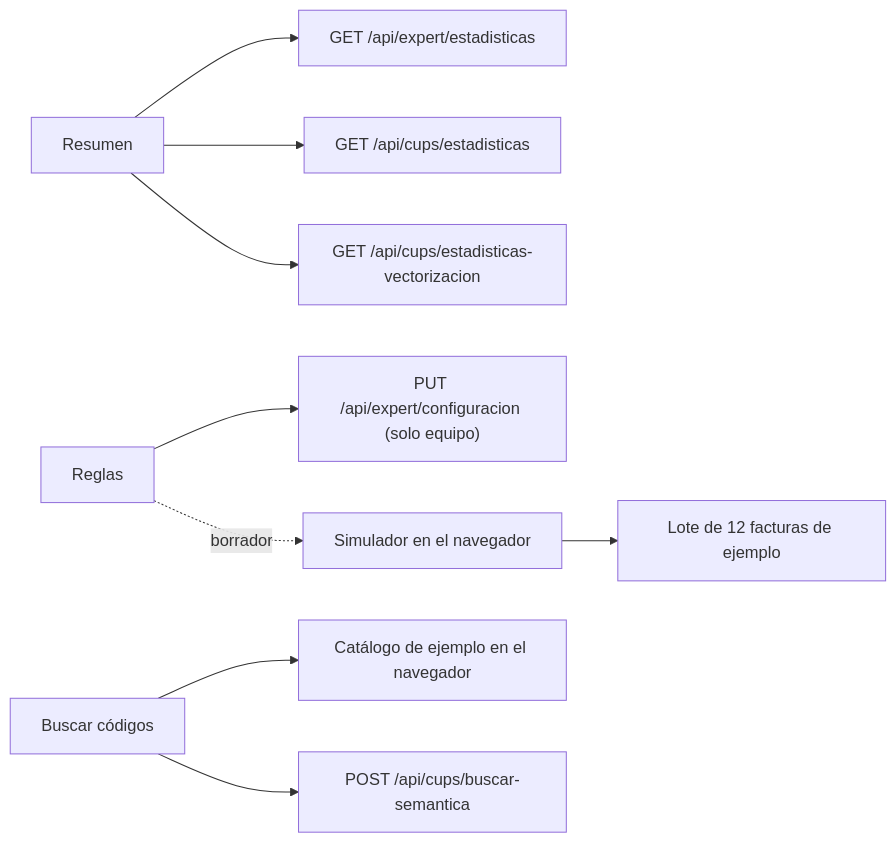
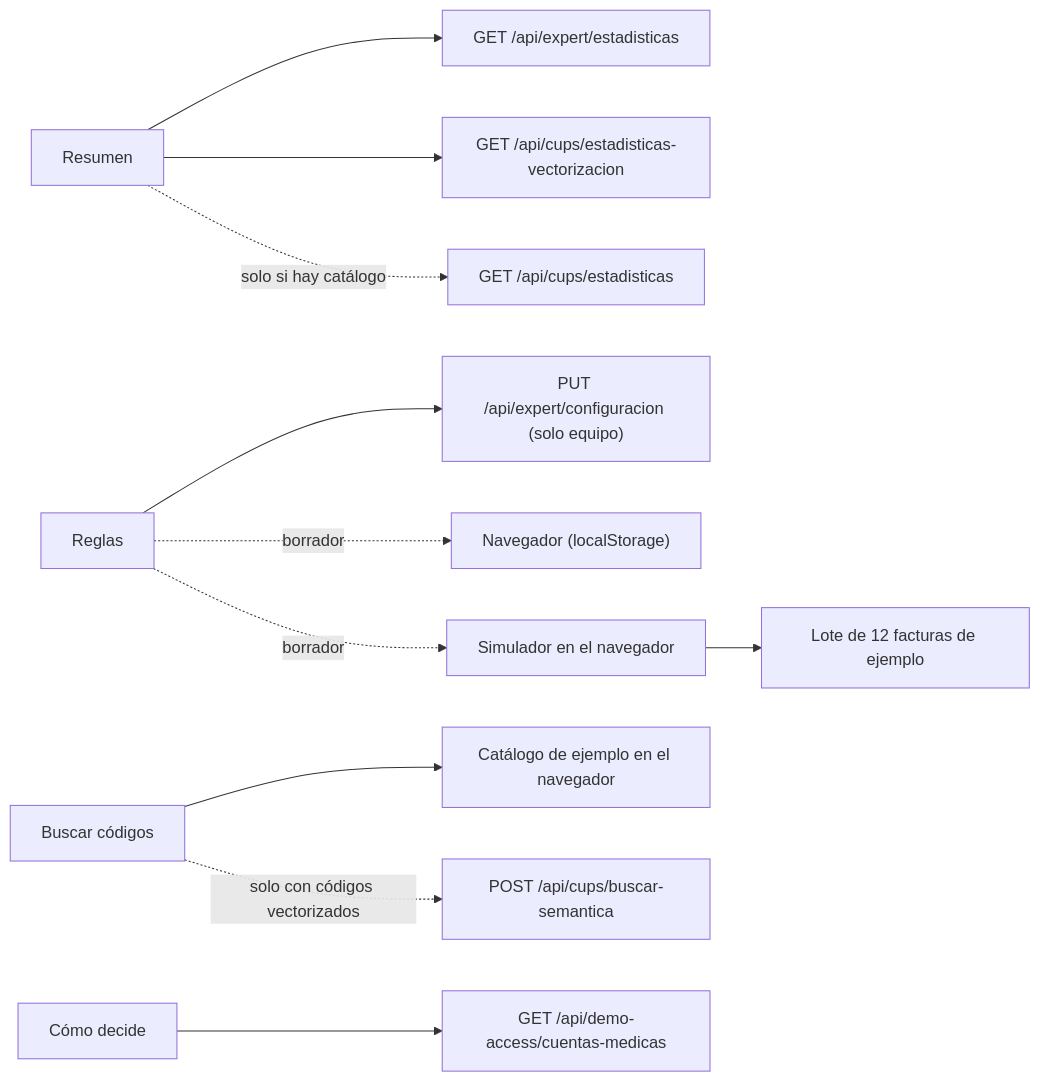
One commit to ronalc90/koptup changed the diagram in docs/wiki/Guia-Demo-sistema-experto.md. Above: the diagram before and after it, drawn with Mermaid. The commit also changed other lines of this file and 27 other files, not shown here.

````diff
--- a/docs/wiki/Guia-Demo-sistema-experto.md
+++ b/docs/wiki/Guia-Demo-sistema-experto.md
@@ -101,11 +117,13 @@
 ```mermaid
 flowchart LR
     R["Resumen"] --> S1["GET /api/expert/estadisticas"]
-    R --> S2["GET /api/cups/estadisticas"]
-    R --> S3["GET /api/cups/estadisticas-vectorizacion"]
+    R --> S2["GET /api/cups/estadisticas-vectorizacion"]
+    R -. "solo si hay catálogo" .-> S3["GET /api/cups/estadisticas"]
     G["Reglas"] --> S4["PUT /api/expert/configuracion (solo equipo)"]
+    G -. "borrador" .-> LS["Navegador (localStorage)"]
     G -. "borrador" .-> SIM["Simulador en el navegador"]
     SIM --> L["Lote de 12 facturas de ejemplo"]
     B["Buscar códigos"] --> C["Catálogo de ejemplo en el navegador"]
-    B --> S5["POST /api/cups/buscar-semantica"]
+    B -. "solo con códigos vectorizados" .-> S5["POST /api/cups/buscar-semantica"]
+    D["Cómo decide"] --> S6["GET /api/demo-access/cuentas-medicas"]
 ```
````
